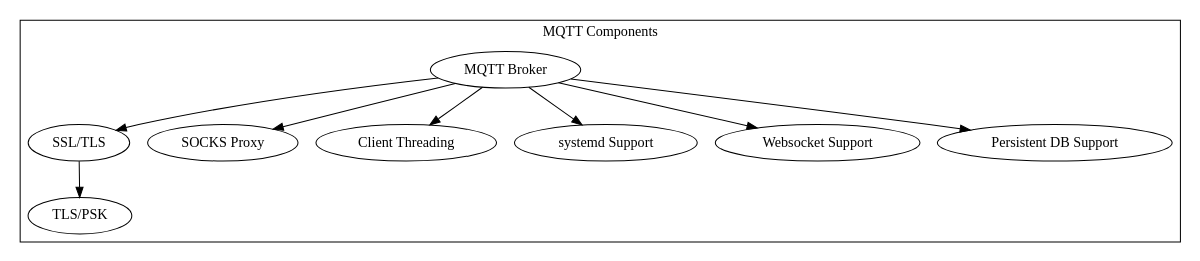
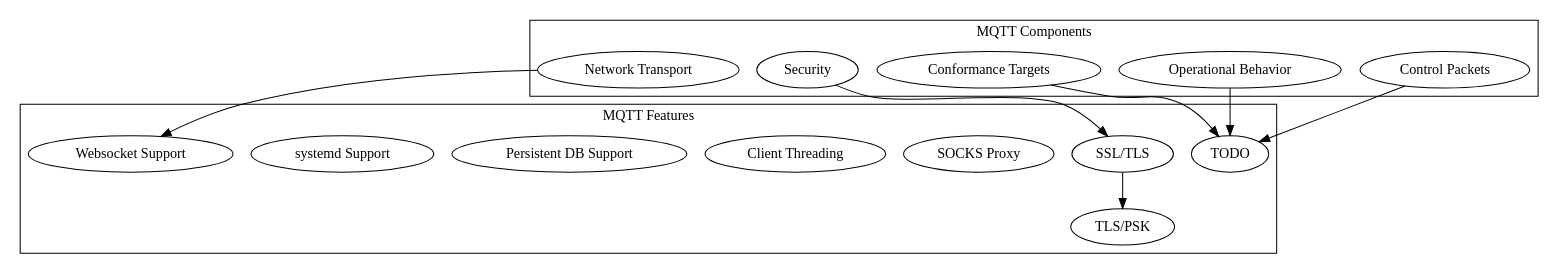
The diagram in llvm/rfc-digraph.dot (ldklab/PRAT-old), drawn with Graphviz before and after one commit. The commit also changed 2 other files, not shown here.

Commit message:
Updated some graph stuff

```diff
--- a/llvm/rfc-digraph.dot
+++ b/llvm/rfc-digraph.dot
@@ -1,24 +1,36 @@
 # Testing manually-constructing a simple digraph from the RFC.
 # This will be at the `component` level.
 digraph {
 	#subgraph cluster_0 {
 	#	label="Example subgraph";
 	#	a -> b[label="0.2",weight="0.2"];
 	#   a -> c[label="0.4",weight="0.4"];
 	#   c -> b[label="0.6",weight="0.6"];
 	#   c -> e[label="0.6",weight="0.6"];
 	#   e -> e[label="0.1",weight="0.1"];
 	#   e -> b[label="0.7",weight="0.7"];
 	#}
 
-	subgraph cluster_1 {
+	subgraph cluster_components {
 		label="MQTT Components";
-		"MQTT Broker" -> "SSL/TLS";
-		"MQTT Broker" -> "SOCKS Proxy";
-		"MQTT Broker" -> "Client Threading";
-		"MQTT Broker" -> "systemd Support";
-		"MQTT Broker" -> "Websocket Support";
-		"MQTT Broker" -> "Persistent DB Support";
-		"SSL/TLS" -> "TLS/PSK";
+		"Control Packets";
+		"Operational Behavior";
+		"Security";
+		"Network Transport";
+		"Conformance Targets";
 	}
+
+	subgraph cluster_features {
+		label="MQTT Features";
+		"Security" -> "SSL/TLS" -> "TLS/PSK";
+		"Network Transport" -> "Websocket Support";
+		"SOCKS Proxy";
+		"Client Threading";
+		"Persistent DB Support";
+		"systemd Support";
+		"Conformance Targets" -> "TODO";
+		"Operational Behavior" -> "TODO";
+		"Control Packets" -> "TODO";
+	}
+
 }
```
